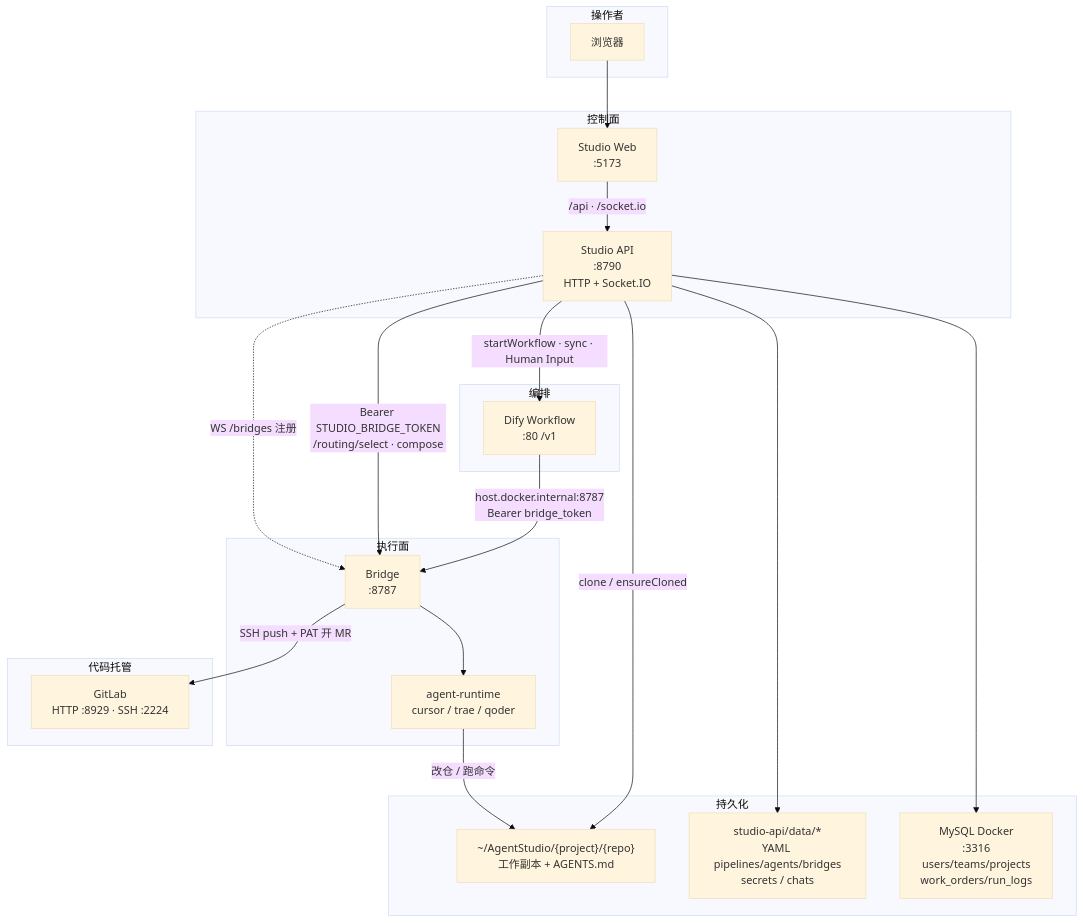
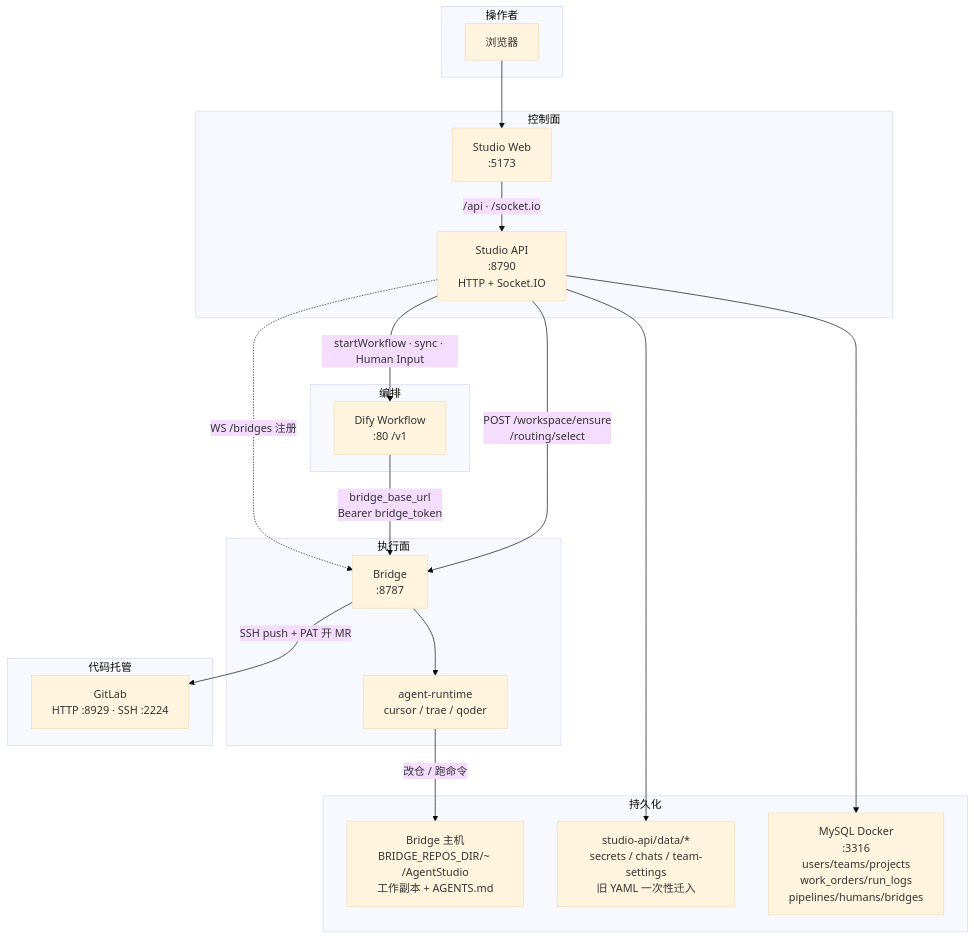
The first of 6 diagrams in docs/架构与时序图.md (xxxxxuhb/agent-studio), drawn with Mermaid (base theme) before and after one commit. The commit also changed other lines of this file and 39 other files, not shown here.

First line of the commit message:
Move workspaces to Bridge and persist pipelines/humans/bridges in MySQL.

````diff
--- a/docs/架构与时序图.md
+++ b/docs/架构与时序图.md
@@ -11,43 +11,42 @@
 ```mermaid
 flowchart TB
   subgraph User["操作者"]
     Browser["浏览器"]
   end
 
   subgraph Control["控制面"]
     Web["Studio Web\n:5173"]
     API["Studio API\n:8790\nHTTP + Socket.IO"]
   end
 
   subgraph Orchestration["编排"]
     Dify["Dify Workflow\n:80 /v1"]
   end
 
   subgraph Execute["执行面"]
     Bridge["Bridge\n:8787"]
     Runtime["agent-runtime\ncursor / trae / qoder"]
   end
 
   subgraph Forge["代码托管"]
     GitLab["GitLab\nHTTP :8929 · SSH :2224"]
   end
 
   subgraph Persist["持久化"]
-    MySQL["MySQL Docker\n:3316\nusers/teams/projects\nwork_orders/run_logs"]
-    Data["studio-api/data/*\nYAML pipelines/agents/bridges\nsecrets / chats"]
-    Repos["~/AgentStudio/{project}/{repo}\n工作副本 + AGENTS.md"]
+    MySQL["MySQL Docker\n:3316\nusers/teams/projects\nwork_orders/run_logs\npipelines/humans/bridges"]
+    Data["studio-api/data/*\nsecrets / chats / team-settings\n旧 YAML 一次性迁入"]
+    Repos["Bridge 主机\nBRIDGE_REPOS_DIR/~ /AgentStudio\n工作副本 + AGENTS.md"]
   end
 
   Browser --> Web
   Web -->|"/api · /socket.io"| API
   API --> MySQL
   API --> Data
-  API -->|"clone / ensureCloned"| Repos
+  API -->|"POST /workspace/ensure\n/routing/select"| Bridge
   API -->|"startWorkflow · sync · Human Input"| Dify
-  API -->|"Bearer STUDIO_BRIDGE_TOKEN\n/routing/select · compose"| Bridge
-  Dify -->|"host.docker.internal:8787\nBearer bridge_token"| Bridge
+  Dify -->|"bridge_base_url\nBearer bridge_token"| Bridge
   Bridge --> Runtime
   Runtime -->|"改仓 / 跑命令"| Repos
   Bridge -->|"SSH push + PAT 开 MR"| GitLab
   API -.->|"WS /bridges 注册"| Bridge
 ```
````
